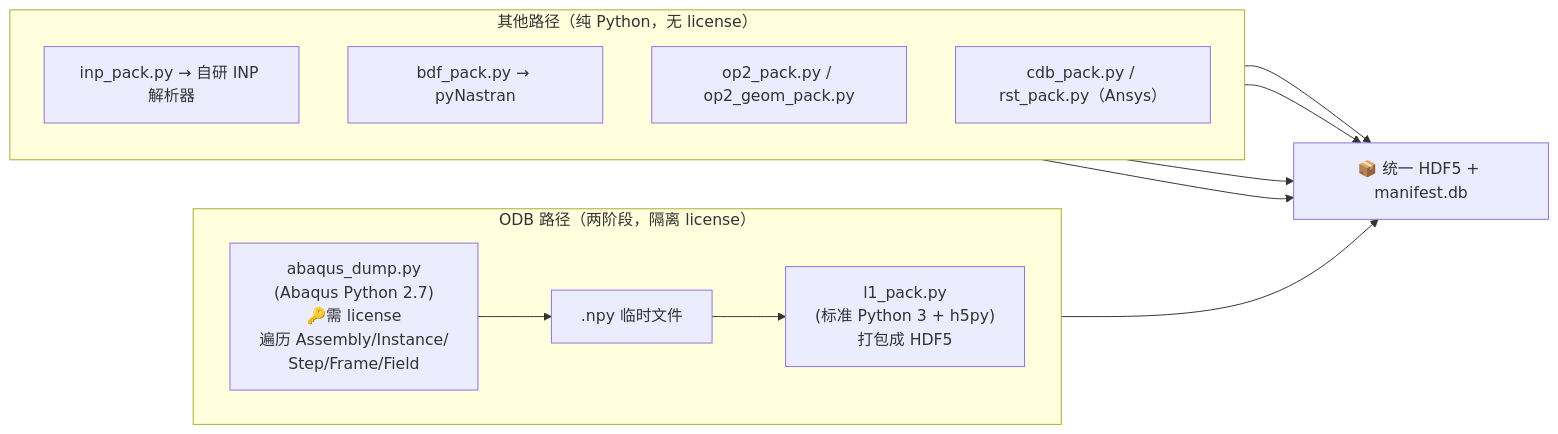
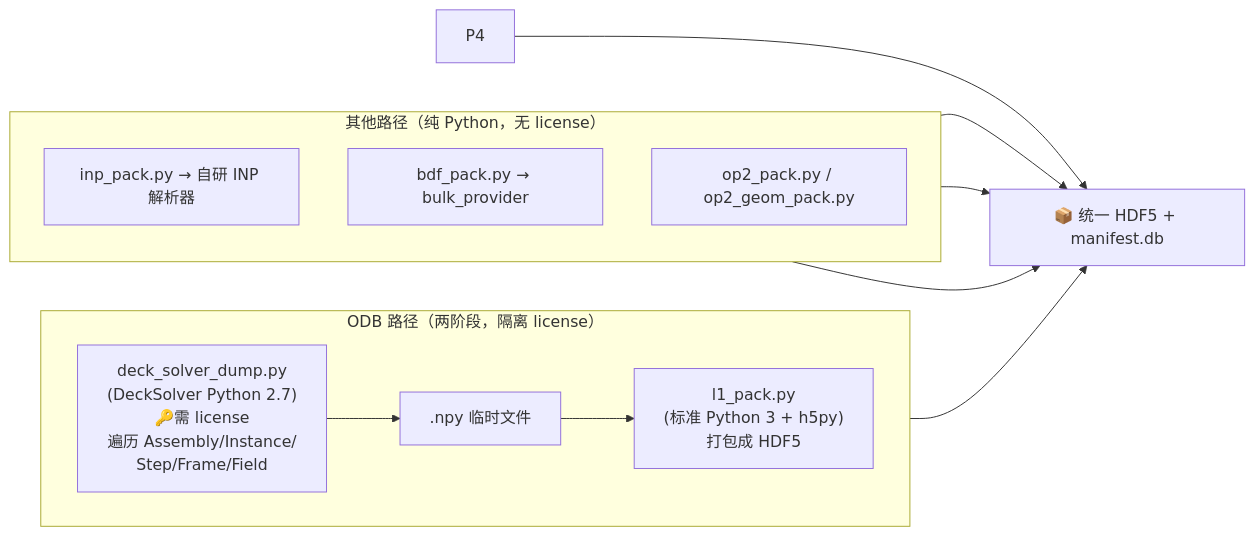
The fourth of 16 diagrams in docs/交付/FEM平台技术交付-图文版.md (TianBM-codes/VirtualReal702), drawn with Mermaid before and after one commit. The commit also changed other lines of this file and 273 other files, not shown here.

````diff
--- a/docs/交付/FEM平台技术交付-图文版.md
+++ b/docs/交付/FEM平台技术交付-图文版.md
@@ -154,19 +154,18 @@
 ```mermaid
 flowchart LR
     subgraph ODB路径["ODB 路径（两阶段，隔离 license）"]
         direction LR
-        O1["abaqus_dump.py<br/>(Abaqus Python 2.7)<br/>🔑需 license<br/>遍历 Assembly/Instance/<br/>Step/Frame/Field"]
+        O1["deck_solver_dump.py<br/>(DeckSolver Python 2.7)<br/>🔑需 license<br/>遍历 Assembly/Instance/<br/>Step/Frame/Field"]
         O2[".npy 临时文件"]
         O3["l1_pack.py<br/>(标准 Python 3 + h5py)<br/>打包成 HDF5"]
         O1 --> O2 --> O3
     end
     subgraph 其他路径["其他路径（纯 Python，无 license）"]
         direction TB
         P1["inp_pack.py → 自研 INP 解析器"]
-        P2["bdf_pack.py → pyNastran"]
+        P2["bdf_pack.py → bulk_provider"]
         P3["op2_pack.py / op2_geom_pack.py"]
-        P4["cdb_pack.py / rst_pack.py（Ansys）"]
     end
     O3 --> U["📦 统一 HDF5 + manifest.db"]
     P1 & P2 & P3 & P4 --> U
 ```
````
